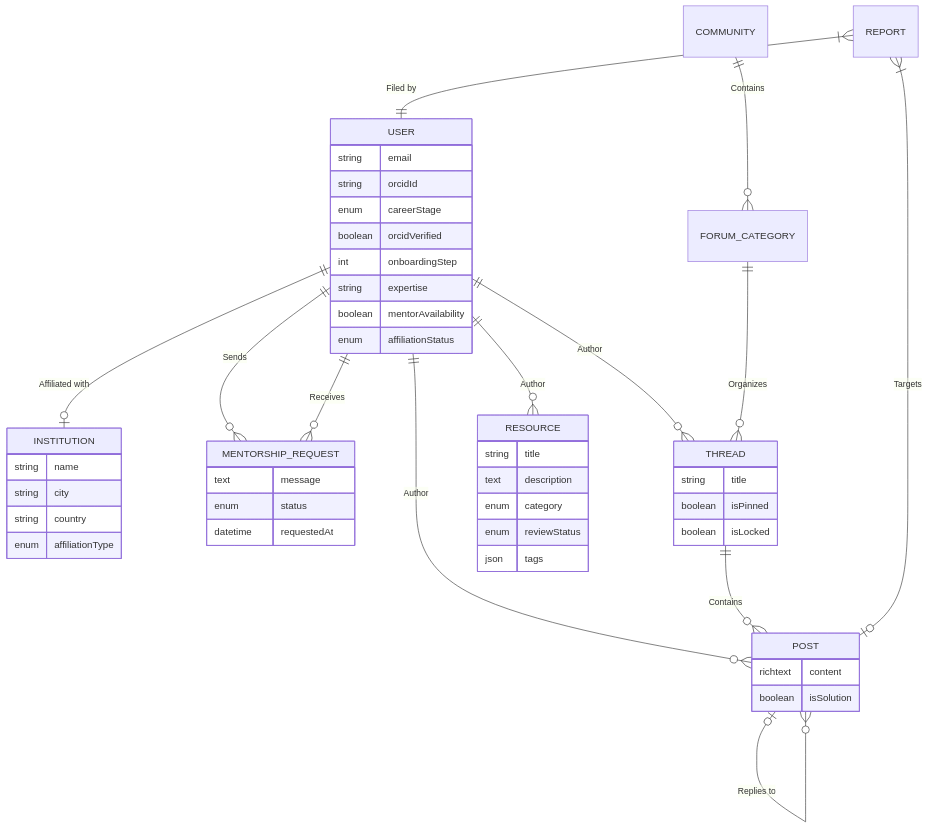
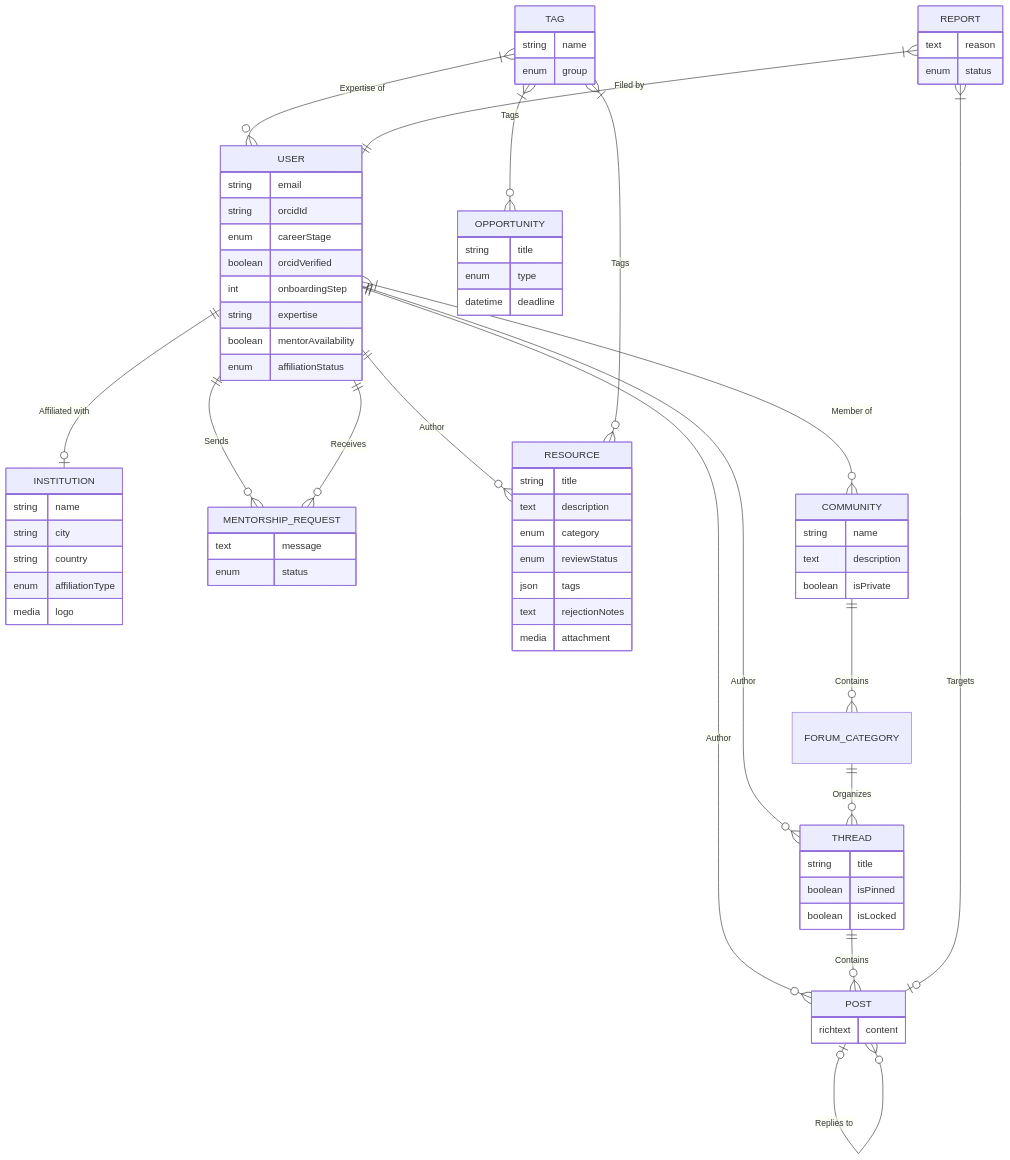
The first of 4 diagrams in docs/science-of-africa-lld.md (akvo/science-for-africa), drawn with Mermaid before and after one commit. The commit also changed other lines of this file, not shown here.

Commit message:
[#2] docs: achieve 100% structural parity between LLD, Architecture, and Backend Schemas

````diff
--- a/docs/science-of-africa-lld.md
+++ b/docs/science-of-africa-lld.md
@@ -63,10 +63,16 @@
     USER ||--o{ RESOURCE : "Author"
 
     %% Community & Forums
+    USER }|--o{ COMMUNITY : "Member of"
     COMMUNITY ||--o{ FORUM_CATEGORY : "Contains"
     FORUM_CATEGORY ||--o{ THREAD : "Organizes"
     THREAD ||--o{ POST : "Contains"
     POST |o--o{ POST : "Replies to"
+
+    %% Knowledge Base & Roadmap
+    TAG }|--o{ RESOURCE : "Tags"
+    TAG }|--o{ OPPORTUNITY : "Tags"
+    TAG }|--o{ USER : "Expertise of"
 
     %% Moderation
     REPORT }|--|| USER : "Filed by"
@@ -82,11 +88,17 @@
         boolean mentorAvailability
         enum affiliationStatus
     }
+    COMMUNITY {
+        string name
+        text description
+        boolean isPrivate
+    }
     INSTITUTION {
         string name
         string city
         string country
         enum affiliationType
+        media logo
     }
     RESOURCE {
         string title
@@ -94,11 +106,12 @@
         enum category
         enum reviewStatus
         json tags
+        text rejectionNotes
+        media attachment
     }
     MENTORSHIP_REQUEST {
         text message
         enum status
-        datetime requestedAt
     }
     THREAD {
         string title
@@ -107,6 +120,18 @@
     }
     POST {
         richtext content
-        boolean isSolution
+    }
+    REPORT {
+        text reason
+        enum status
+    }
+    TAG {
+        string name
+        enum group
+    }
+    OPPORTUNITY {
+        string title
+        enum type
+        datetime deadline
     }
 ```
````
